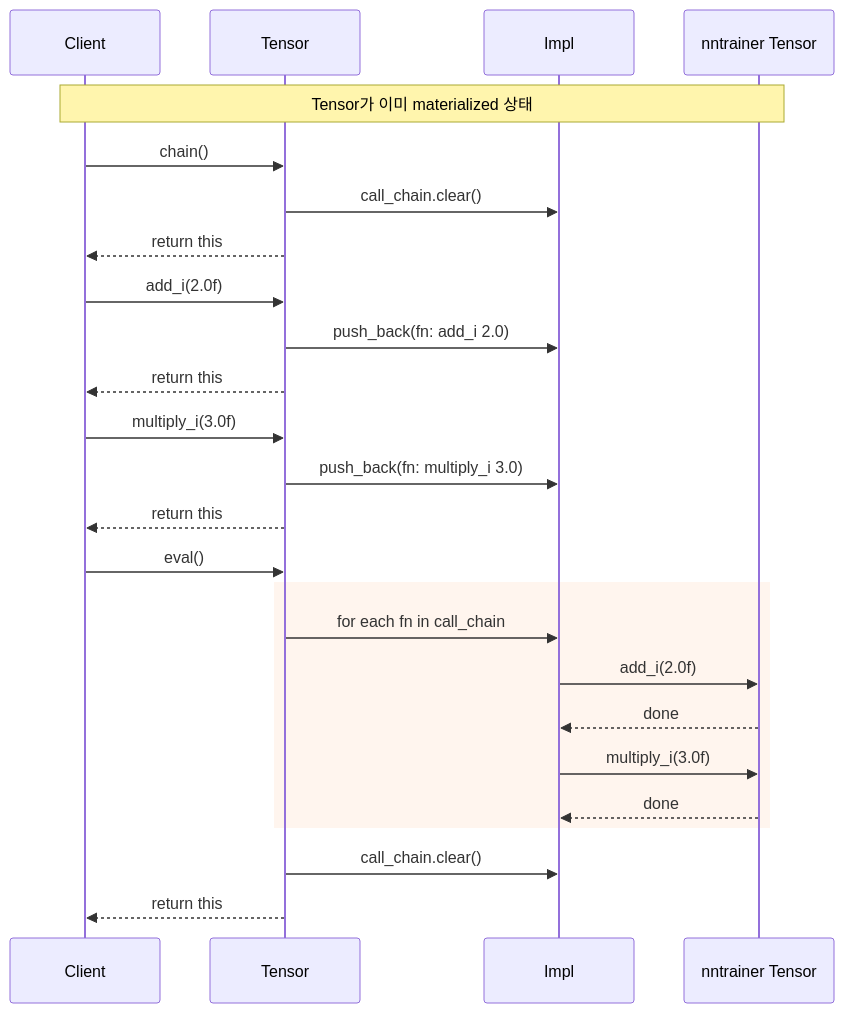
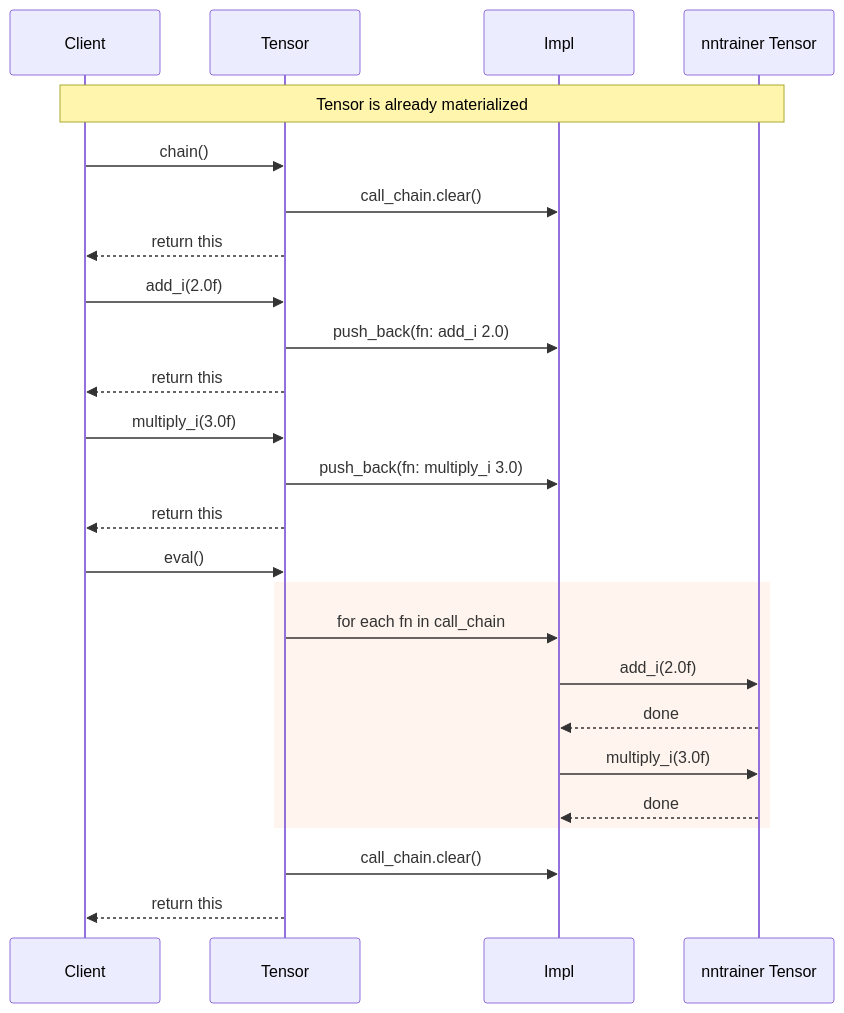
The fourth of 6 diagrams in docs/symbolic-tensor-api.md (jijoongmoon/nntrainer), drawn with Mermaid before and after one commit. The commit also changed other lines of this file, not shown here.

First line of the commit message:
Rewrite Symbolic Tensor API documentation in English

````diff
--- a/docs/symbolic-tensor-api.md
+++ b/docs/symbolic-tensor-api.md
@@ -403,32 +403,32 @@
 ```mermaid
 sequenceDiagram
     participant C as Client
     participant T as Tensor
     participant I as Impl
     participant N as nntrainer Tensor
 
-    Note over C,N: Tensor가 이미 materialized 상태
+    Note over C,N: Tensor is already materialized
 
     C->>T: chain()
     T->>I: call_chain.clear()
     T-->>C: return this
 
     C->>T: add_i(2.0f)
     T->>I: push_back(fn: add_i 2.0)
     T-->>C: return this
 
     C->>T: multiply_i(3.0f)
     T->>I: push_back(fn: multiply_i 3.0)
     T-->>C: return this
 
     C->>T: eval()
     rect rgb(255, 245, 238)
         T->>I: for each fn in call_chain
         I->>N: add_i(2.0f)
         N-->>I: done
         I->>N: multiply_i(3.0f)
         N-->>I: done
     end
     T->>I: call_chain.clear()
     T-->>C: return this
 ```
````
